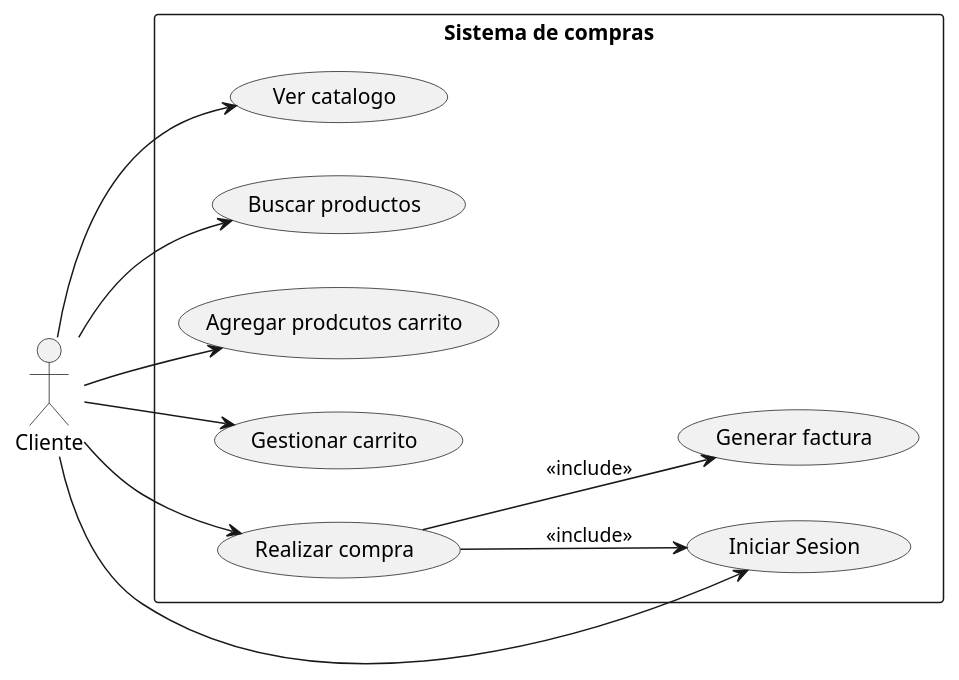
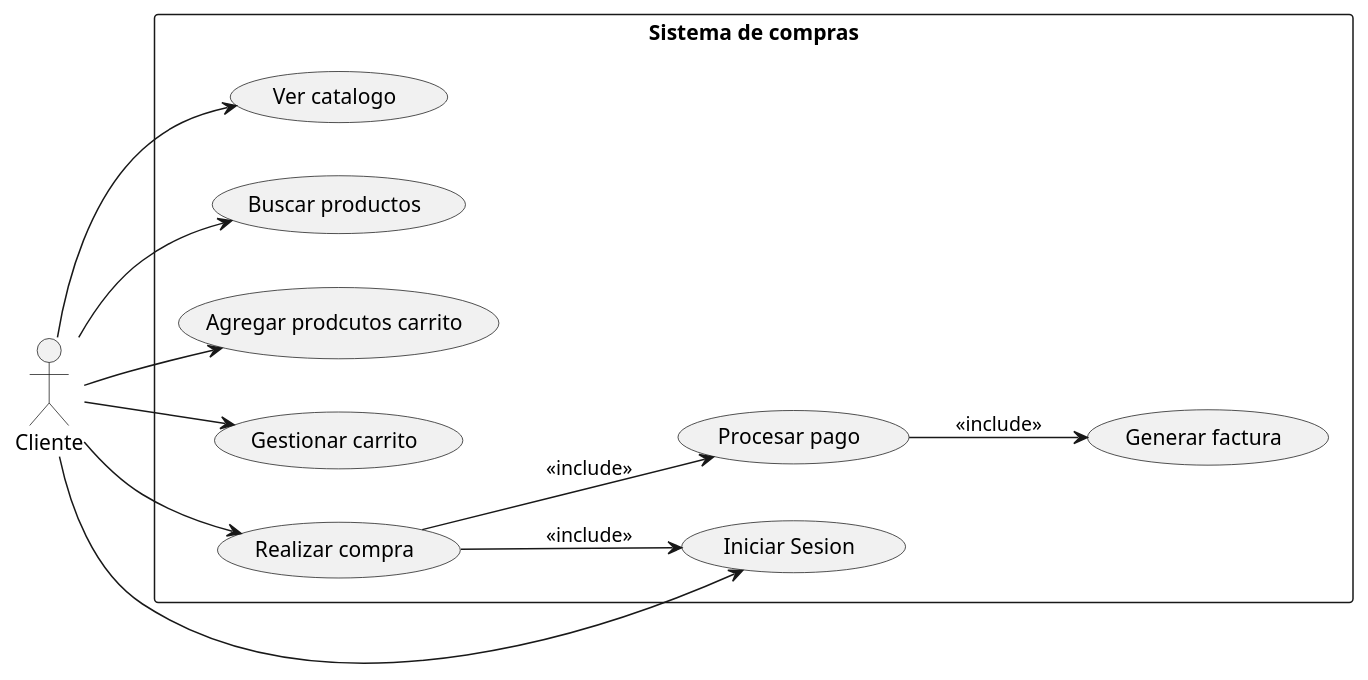
Before and after one commit to Juan-Chala-123/ADSO-3145556: the diagram in 03-week/02-activity/use-case-diagram/purchasing-system.wsd, drawn with PlantUML. The commit also changed 2 other files, not shown here.

Commit message:
Diagramas de casos de uso

```diff
--- a/03-week/02-activity/use-case-diagram/purchasing-system.wsd
+++ b/03-week/02-activity/use-case-diagram/purchasing-system.wsd
@@ -1,28 +1,30 @@
 @startuml
 left to right direction
 actor Cliente
 rectangle "Sistema de compras" {
     usecase "Ver catalogo" as UC1
     usecase "Buscar productos" as UC2
     usecase "Agregar prodcutos carrito" as UC3
     usecase "Gestionar carrito" as UC4
     usecase "Iniciar Sesion" as UC5
     usecase "Realizar compra" as UC6
-    usecase "Generar factura" as UC7
+    usecase "Procesar pago" as UC7
+    usecase "Generar factura" as UC8
     ' usecase "Elimnar productos" as UC8
     ' usecase "Modificar" as UC9
     
 }
 
 Cliente --> UC1
 Cliente --> UC2
 Cliente --> UC3
 Cliente --> UC4
 Cliente --> UC5
 Cliente --> UC6
 
 UC6 --> UC5 : << include >>
 UC6 --> UC7 : << include >>
+UC7 --> UC8 : << include >>
 ' UC4 <-- UC8 : << extends >>
 ' UC4 <-- UC9 : << extends >>
 @enduml
```
